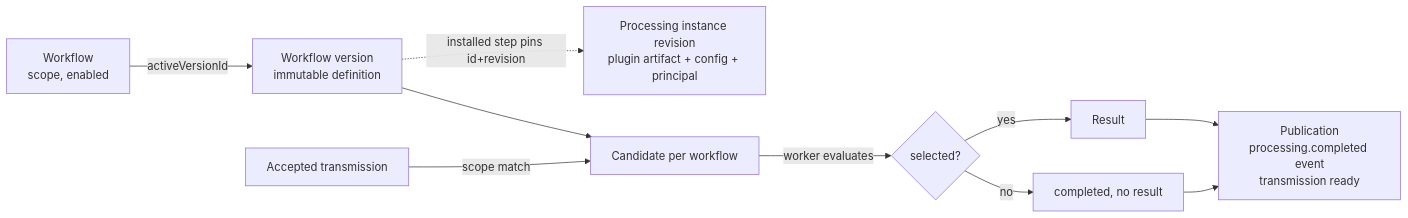
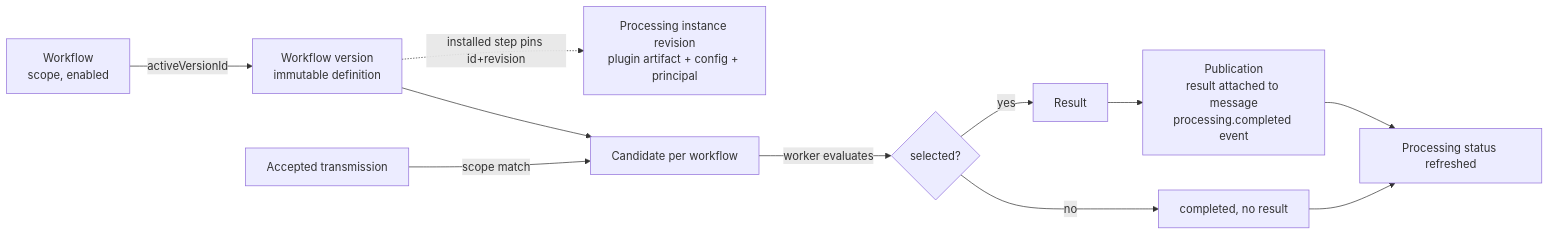
The first of 2 diagrams in docs/workflows.md (gopager/gopager), drawn with Mermaid before and after one commit. The commit also changed other lines of this file and 104 other files, not shown here.

````diff
--- a/docs/workflows.md
+++ b/docs/workflows.md
@@ -26,12 +27,13 @@
 ```mermaid
 flowchart LR
   W[Workflow<br/>scope, enabled] -->|activeVersionId| V[Workflow version<br/>immutable definition]
   V -. installed step pins id+revision .-> I[Processing instance revision<br/>plugin artifact + config + principal]
   T[Accepted transmission] -->|scope match| C[Candidate per workflow]
   V --> C
   C -->|worker evaluates| R{selected?}
   R -->|yes| RES[Result]
   R -->|no| N[completed, no result]
-  RES --> P[Publication<br/>processing.completed event<br/>transmission ready]
-  N --> P
+  RES --> P[Publication<br/>result attached to message<br/>processing.completed event]
+  N --> S[Processing status refreshed]
+  P --> S
 ```
````
